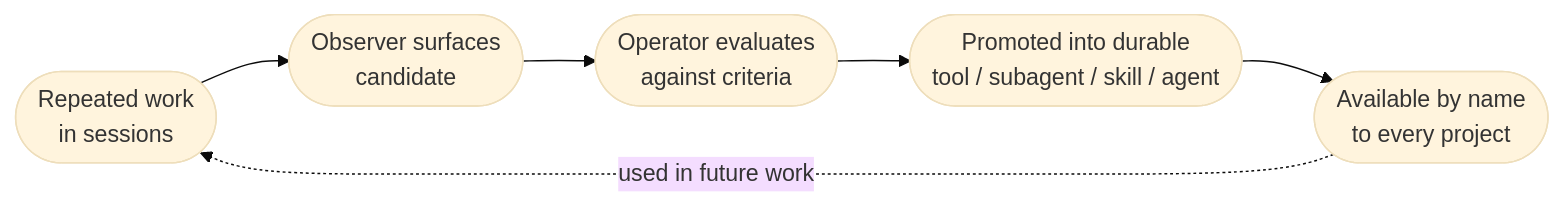
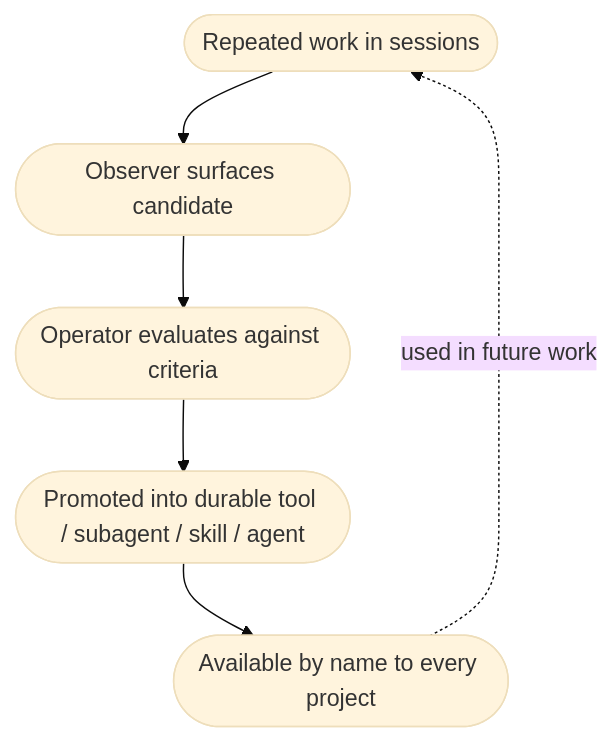
Before and after one commit to Lizo-RoadTown/tapestry: the first of 2 diagrams in apps/docs-site/src/content/docs/explanation/upskilling.md, drawn with Mermaid (base theme).

Commit message:
docs(site): v1.6.2 — restructure upskilling loop diagram TB
Same fix as v1.6.1: the LR layout was cramming 5 nodes plus a back-edge
into one row, making each node ~100px wide. Switched to TB so each step
gets full width for its label, and the 'used in future work' back-edge
loops cleanly from the bottom to the top.

````diff
--- a/apps/docs-site/src/content/docs/explanation/upskilling.md
+++ b/apps/docs-site/src/content/docs/explanation/upskilling.md
@@ -16,10 +16,10 @@
 ```mermaid
-flowchart LR
-  A([Repeated work<br/>in sessions])
-  B([Observer surfaces<br/>candidate])
-  C([Operator evaluates<br/>against criteria])
-  D([Promoted into durable<br/>tool / subagent / skill / agent])
-  E([Available by name<br/>to every project])
+flowchart TB
+  A([Repeated work in sessions])
+  B([Observer surfaces candidate])
+  C([Operator evaluates against criteria])
+  D([Promoted into durable tool / subagent / skill / agent])
+  E([Available by name to every project])
   A --> B --> C --> D --> E
   E -.->|"used in future work"| A
 ```
````
